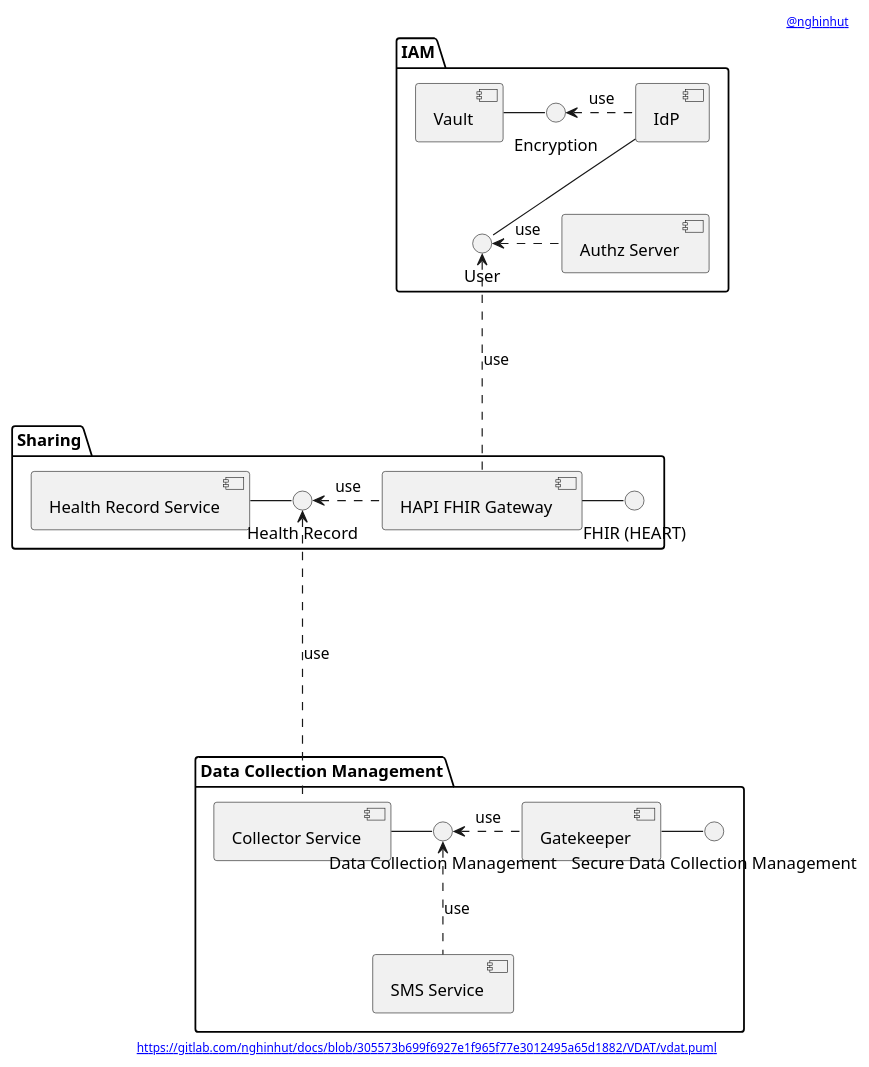
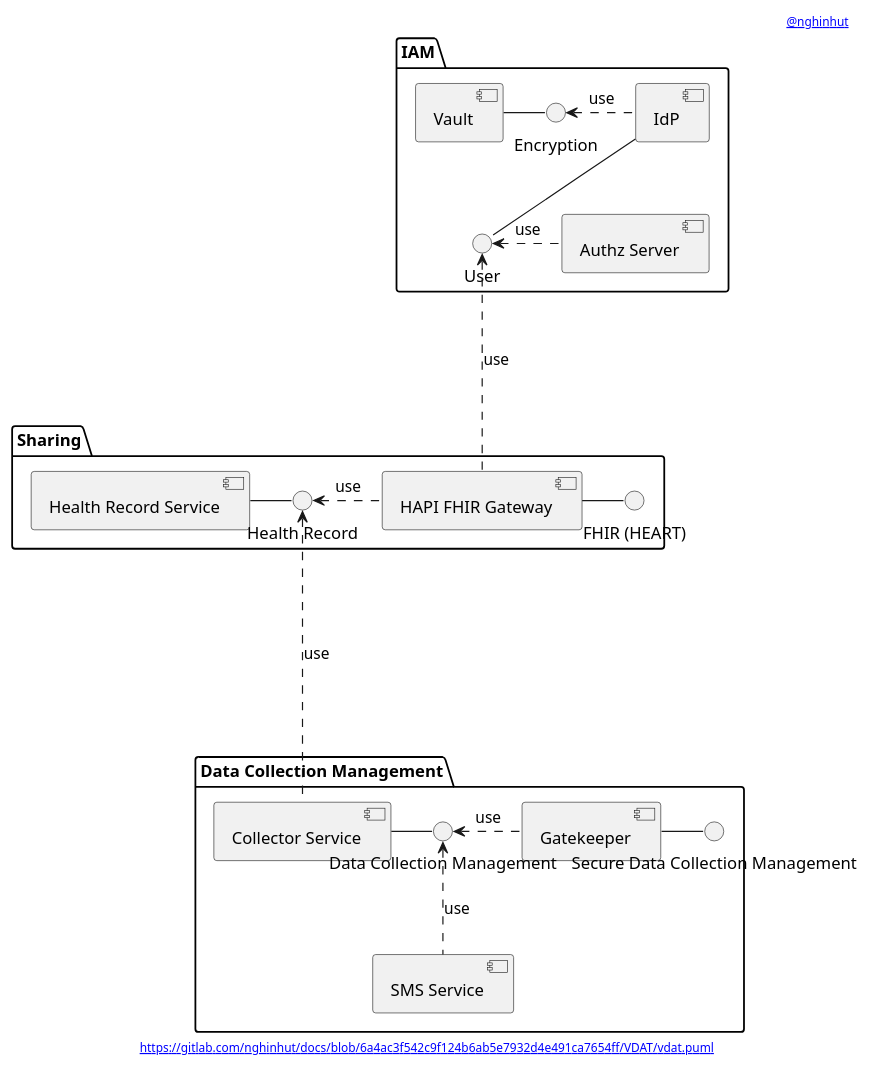
Before and after one commit to nghinhut/docs: the diagram in VDAT/vdat.component.puml, drawn with PlantUML. The commit also changed 18 other files, not shown here.

Commit message:
Update diagrams

```diff
--- a/VDAT/vdat.component.puml
+++ b/VDAT/vdat.component.puml
@@ -1,60 +1,60 @@
 @startuml
 '-----START auto generated metadata please keep comment here to allow auto update-----
 '-----DON'T EDIT THIS SECTION, INSTEAD RE-RUN prebuild.sh TO UPDATE-----
-header [[www.nghinhut.dev?from=http%5C%3A%5C%2F%5C%2Fwww%5C.plantuml%5C.com%5C%2Fplantuml%5C%2Fproxy%3Ffmt%3Dsvg%5C%26src%3Dhttps%5C%3A%5C%2F%5C%2Fgitlab%5C.com%5C%2Fnghinhut%5C%2Fdocs%5C%2Fraw%5C%2F305573b699f6927e1f965f77e3012495a65d1882%5C%2FVDAT%5C%2Fvdat%5C.puml%0A @nghinhut]]
-footer [[http://www.plantuml.com/plantuml/proxy?fmt=svg&src=https://gitlab.com/nghinhut/docs/raw/305573b699f6927e1f965f77e3012495a65d1882/VDAT/vdat.puml https://gitlab.com/nghinhut/docs/blob/305573b699f6927e1f965f77e3012495a65d1882/VDAT/vdat.puml]]
+header [[www.nghinhut.dev?from=https%5C%3A%5C%2F%5C%2Fgitlab%5C.com%5C%2Fnghinhut%5C%2Fdocs%5C%2Fblob%5C%2F6a4ac3f542c9f124b6ab5e7932d4e491ca7654ff%5C%2FVDAT%5C%2Fvdat%5C.puml%0A @nghinhut]]
+footer [[http://www.plantuml.com/plantuml/proxy?fmt=svg&src=https://gitlab.com/nghinhut/docs/raw/6a4ac3f542c9f124b6ab5e7932d4e491ca7654ff/VDAT/vdat.puml https://gitlab.com/nghinhut/docs/blob/6a4ac3f542c9f124b6ab5e7932d4e491ca7654ff/VDAT/vdat.puml]]
 '-----END auto generated metadata please keep comment here to allow auto update-----
 
 package "IAM" {
     component "Authz Server" as as
     component Vault as vault
     component IdP as idp
 
 '    interface "OAuth2 Authentication" as IOAuth2Authentication
 '    interface "UMA2 Authorization" as IUMA2Authorization
 '    as -- IOAuth2Authentication
 '    as -- IUMA2Authorization
     interface "Encryption" as IEncrypt
     interface "User" as IUser
 }
 
 package "Sharing" {
     component "Health Record Service" as record
     interface "Health Record" as IHealthRecord
     component "HAPI FHIR Gateway" as fhir
     interface "FHIR (HEART)" as IFHIR
 }
 
 package "Data Collection Management" {
     component "Collector Service" as collector
     component "SMS Service" as sms
     component "Gatekeeper" as collector_gatekeeper
     interface "Data Collection Management" as IDataCollectionManagement
     interface "Secure Data Collection Management" as ISecureDataCollectionManagement
 }
 
 
 
 
 
 
 vault - IEncrypt
 IEncrypt <. idp : use
 idp -- IUser
 IUser <. as : use
 IUser <... fhir : use
 
 
 record - IHealthRecord
 IHealthRecord <. fhir : use
 fhir - IFHIR
 IHealthRecord <.... collector : use
 
 
 collector - IDataCollectionManagement
 IDataCollectionManagement <. collector_gatekeeper : use
 collector_gatekeeper - ISecureDataCollectionManagement
 
 IDataCollectionManagement <.. sms : use
 
 @enduml
```
